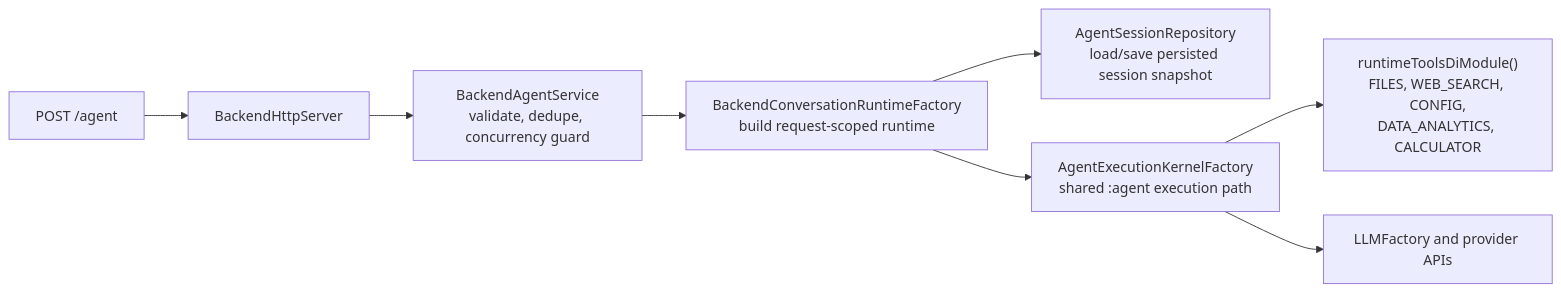
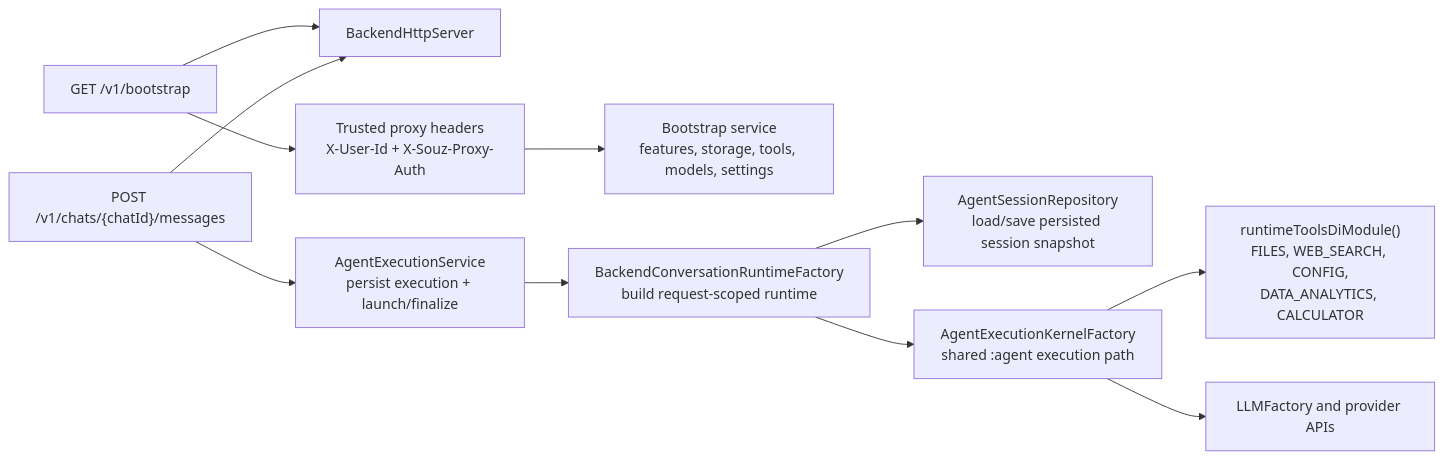
Before and after one commit to D00mch/souz: the diagram in AGENTS.md, drawn with Mermaid. The commit also changed other lines of this file and 186 other files, not shown here.

First line of the commit message:
Server agent (#528)

````diff
--- a/AGENTS.md
+++ b/AGENTS.md
@@ -69,10 +69,13 @@
 ```mermaid
 flowchart LR
-    request["POST /agent"] --> http["BackendHttpServer"]
-    http --> service["BackendAgentService\nvalidate, dedupe, concurrency guard"]
-    service --> runtime["BackendConversationRuntimeFactory\nbuild request-scoped runtime"]
+    bootstrap["GET /v1/bootstrap"] --> http["BackendHttpServer"]
+    messages["POST /v1/chats/{chatId}/messages"] --> http
+    bootstrap --> security["Trusted proxy headers\nX-User-Id + X-Souz-Proxy-Auth"]
+    security --> meta["Bootstrap service\nfeatures, storage, tools, models, settings"]
+    messages --> execution["AgentExecutionService\npersist execution + launch/finalize"]
+    execution --> runtime["BackendConversationRuntimeFactory\nbuild request-scoped runtime"]
     runtime --> repo["AgentSessionRepository\nload/save persisted session snapshot"]
     runtime --> kernel["AgentExecutionKernelFactory\nshared :agent execution path"]
     kernel --> tools["runtimeToolsDiModule()\nFILES, WEB_SEARCH, CONFIG,\nDATA_ANALYTICS, CALCULATOR"]
     kernel --> llm["LLMFactory and provider APIs"]
 ```
````
